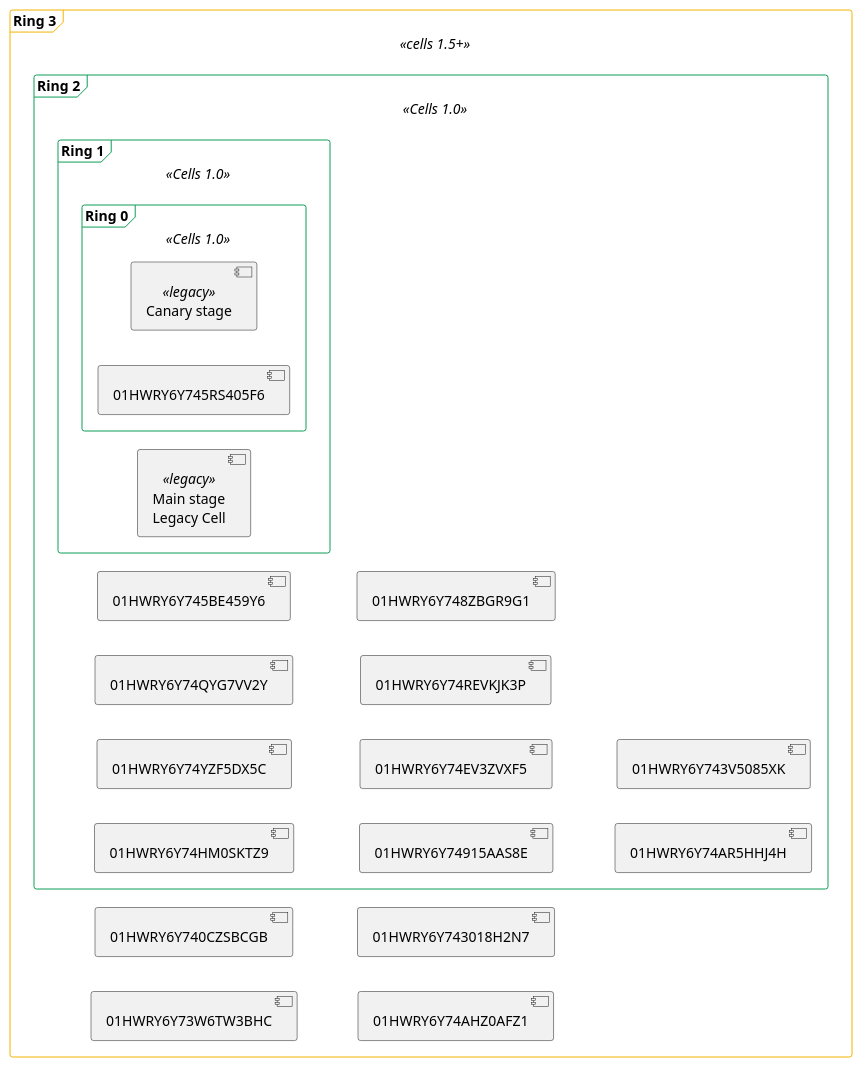
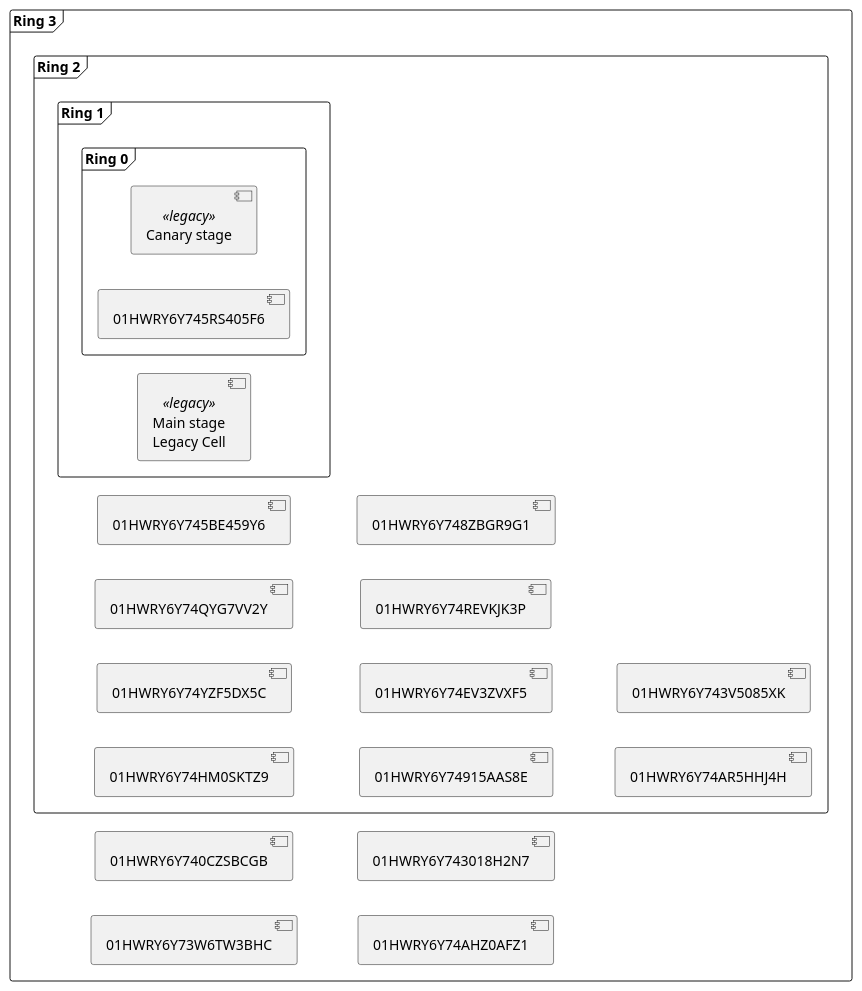
One commit to kyama0/gitlab-handbook-ja changed the third of 4 diagrams in content/handbook/engineering/architecture/design-documents/cells/infrastructure/_index.md. Above: the diagram before and after it, drawn with PlantUML. The commit also changed other lines of this file and 24 other files, not shown here.

````diff
--- a/content/handbook/engineering/architecture/design-documents/cells/infrastructure/_index.md
+++ b/content/handbook/engineering/architecture/design-documents/cells/infrastructure/_index.md
@@ -343,44 +346,36 @@
 ```plantuml
 @startuml
 
-skinparam frame {
-  borderColor<<Cells 1.0>> #0F9D58
-}
-
-skinparam frame {
-  borderColor<<Cells 1.5+>> #F4B400
-}
-
 left to right direction
 
-frame "Ring 3" <<cells 1.5+>> {
+frame "Ring 3" {
   component "01HWRY6Y73W6TW3BHC"
   component "01HWRY6Y740CZSBCGB"
   component "01HWRY6Y74AHZ0AFZ1"
   component "01HWRY6Y743018H2N7"
 
-  frame "Ring 2" <<Cells 1.0>> {
+  frame "Ring 2" {
     component "01HWRY6Y74HM0SKTZ9"
     component "01HWRY6Y74YZF5DX5C"
     component "01HWRY6Y74QYG7VV2Y"
     component "01HWRY6Y745BE459Y6"
     component "01HWRY6Y74915AAS8E"
     component "01HWRY6Y74EV3ZVXF5"
     component "01HWRY6Y74REVKJK3P"
     component "01HWRY6Y748ZBGR9G1"
     component "01HWRY6Y74AR5HHJ4H"
     component "01HWRY6Y743V5085XK"
 
-    frame "Ring 1" <<Cells 1.0>> {
-      frame "Ring 0" <<Cells 1.0>> {
+    frame "Ring 1" {
+      frame "Ring 0" {
         component "Canary stage" <<legacy>> as cny
         component "01HWRY6Y745RS405F6"
       }
 
       component "Main stage\nLegacy Cell" <<legacy>> as Legacy
     }
   }
 }
 
 @enduml
 ```
````
